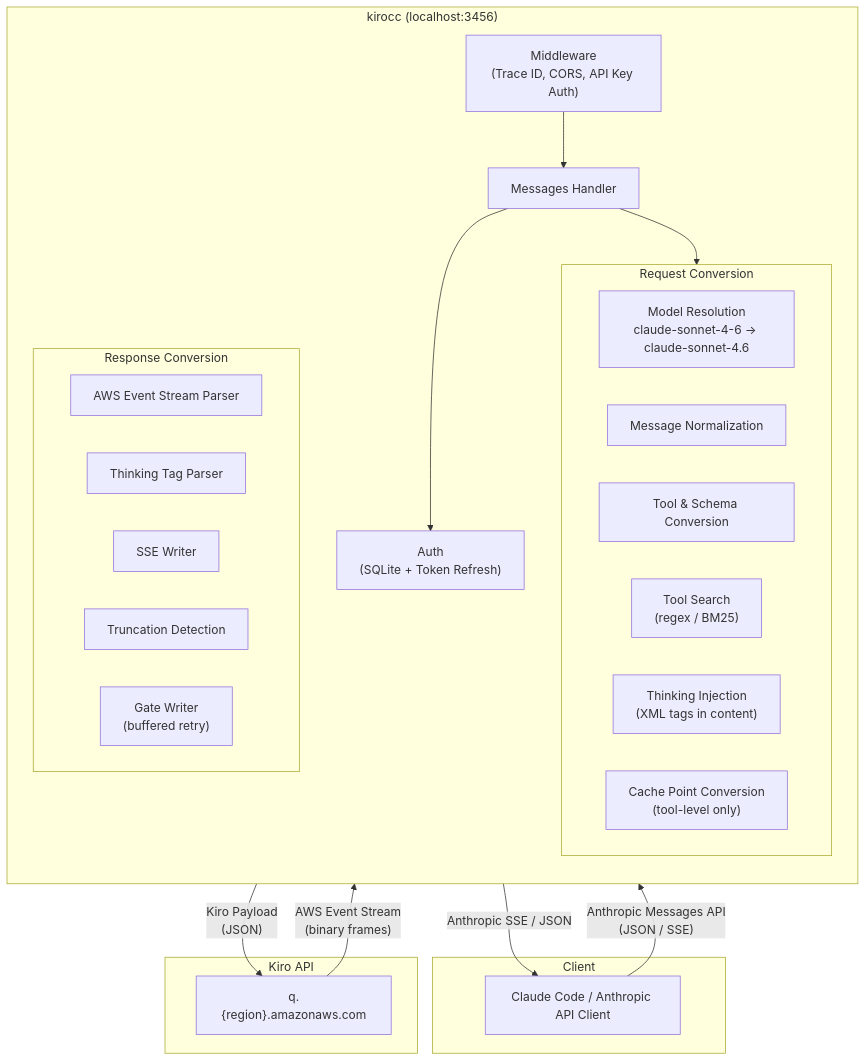
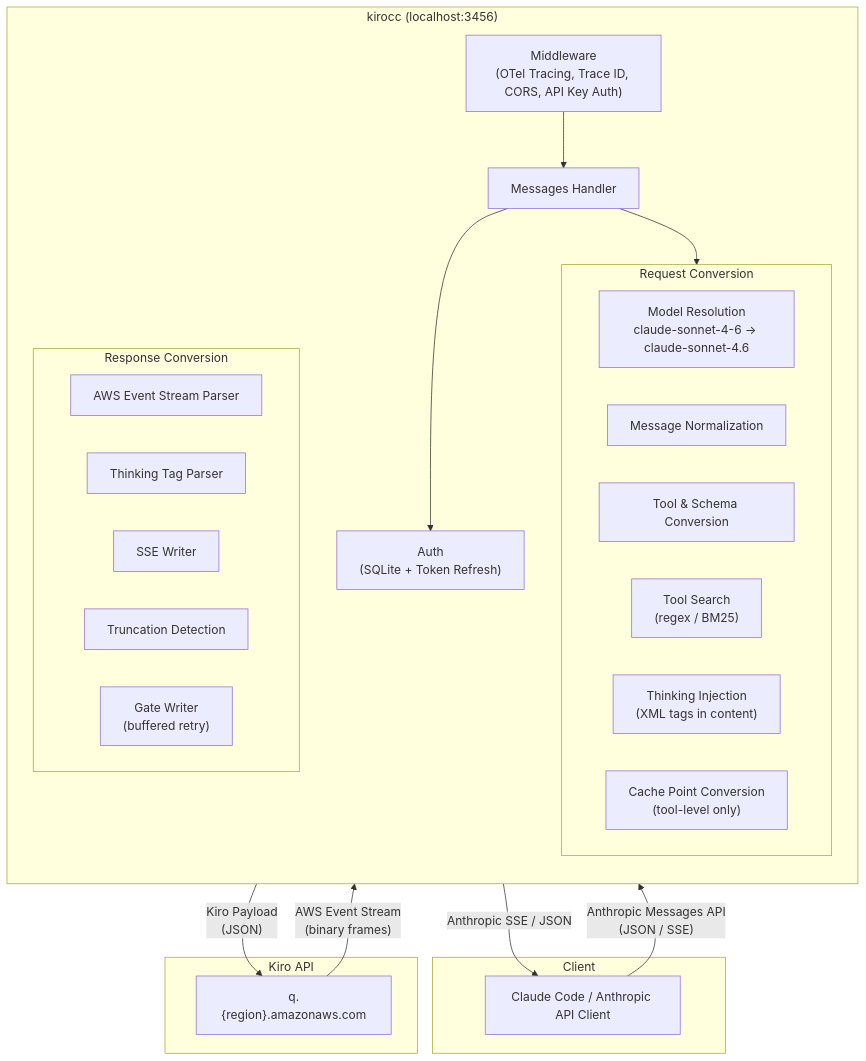
Before and after one commit to qq-24/kirocc: the diagram in README.md, drawn with Mermaid. The commit also changed other lines of this file and 18 other files, not shown here.

````diff
--- a/README.md
+++ b/README.md
@@ -111,44 +130,44 @@
 ```mermaid
 flowchart TB
     subgraph Client
         CC["Claude Code / Anthropic API Client"]
     end
 
     subgraph kirocc ["kirocc (localhost:3456)"]
         direction TB
-        MW["Middleware<br/>(Trace ID, CORS, API Key Auth)"]
+        MW["Middleware<br/>(OTel Tracing, Trace ID, CORS, API Key Auth)"]
         Handler["Messages Handler"]
         Auth["Auth<br/>(SQLite + Token Refresh)"]
 
         subgraph reqconv ["Request Conversion"]
             direction LR
             ModelResolve["Model Resolution<br/>claude-sonnet-4-6 → claude-sonnet-4.6"]
             MsgNorm["Message Normalization"]
             ToolConv["Tool & Schema Conversion"]
             ToolSearch["Tool Search<br/>(regex / BM25)"]
             ThinkingInject["Thinking Injection<br/>(XML tags in content)"]
             CacheConv["Cache Point Conversion<br/>(tool-level only)"]
         end
 
         subgraph respconv ["Response Conversion"]
             direction LR
             EventParse["AWS Event Stream Parser"]
             ThinkingParse["Thinking Tag Parser"]
             SSEWrite["SSE Writer"]
             TruncDetect["Truncation Detection"]
             GateWrite["Gate Writer<br/>(buffered retry)"]
         end
     end
 
     subgraph Kiro ["Kiro API"]
         KiroAPI["q.{region}.amazonaws.com"]
     end
 
     CC -- "Anthropic Messages API<br/>(JSON / SSE)" --> MW
     MW --> Handler
     Handler --> Auth
     Handler --> reqconv
     reqconv -- "Kiro Payload<br/>(JSON)" --> KiroAPI
     KiroAPI -- "AWS Event Stream<br/>(binary frames)" --> respconv
     respconv -- "Anthropic SSE / JSON" --> CC
 ```
````
